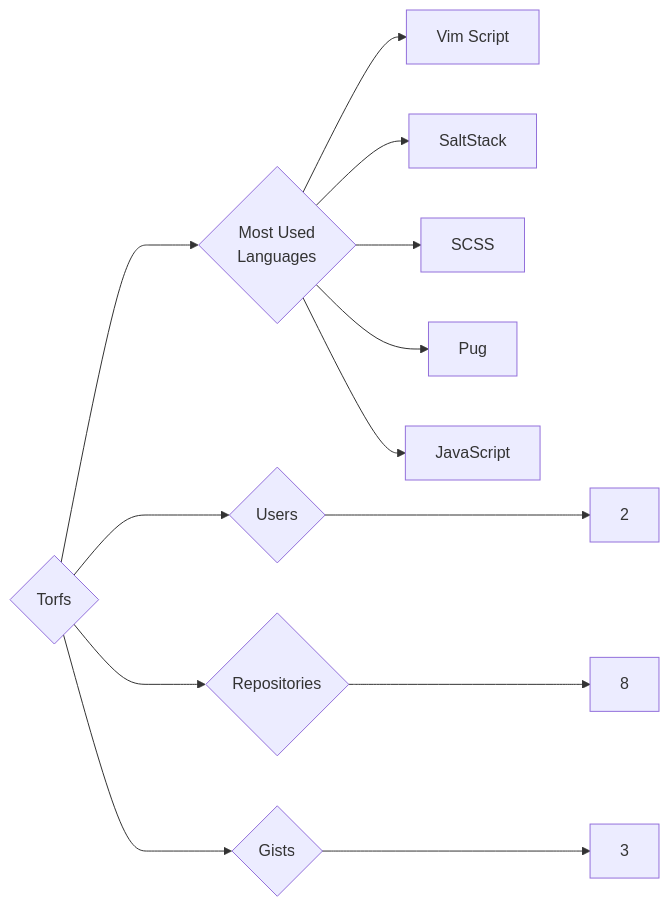
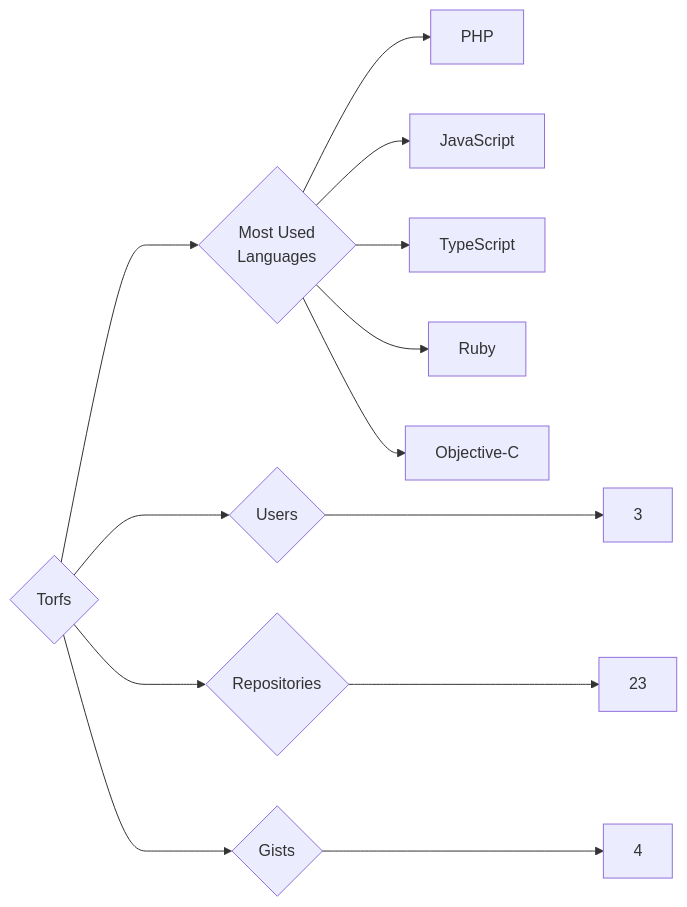
The diagram in targets/Torfs/README.md (trickest/insiders), drawn with Mermaid before and after one commit. The commit also changed 1508 other files, not shown here.

````diff
--- a/targets/Torfs/README.md
+++ b/targets/Torfs/README.md
@@ -3,13 +3,13 @@
 ```mermaid
 graph LR
 COMPANY_NAME{Torfs}
-COMPANY_NAME ---> U{Users} ---> UN[2]
-COMPANY_NAME ---> R{Repositories} ---> RN[8]
-COMPANY_NAME ---> G{Gists} ---> GN[3]
+COMPANY_NAME ---> U{Users} ---> UN[3]
+COMPANY_NAME ---> R{Repositories} ---> RN[23]
+COMPANY_NAME ---> G{Gists} ---> GN[4]
 COMPANY_NAME ---> ML{Most Used<br>Languages}
-ML --> Vim_Script[Vim Script]
-ML --> SaltStack[SaltStack]
-ML --> SCSS[SCSS]
-ML --> Pug[Pug]
+ML --> PHP[PHP]
 ML --> JavaScript[JavaScript]
+ML --> TypeScript[TypeScript]
+ML --> Ruby[Ruby]
+ML --> Objective-C[Objective-C]
 ```
````
